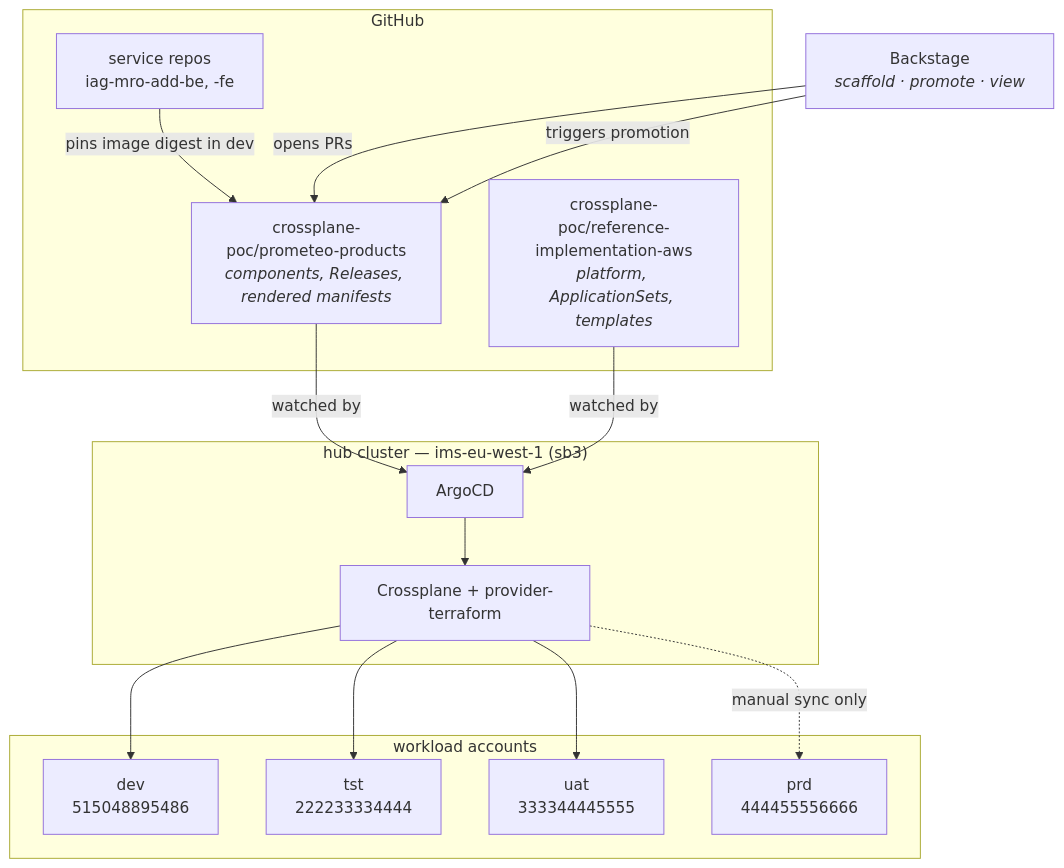
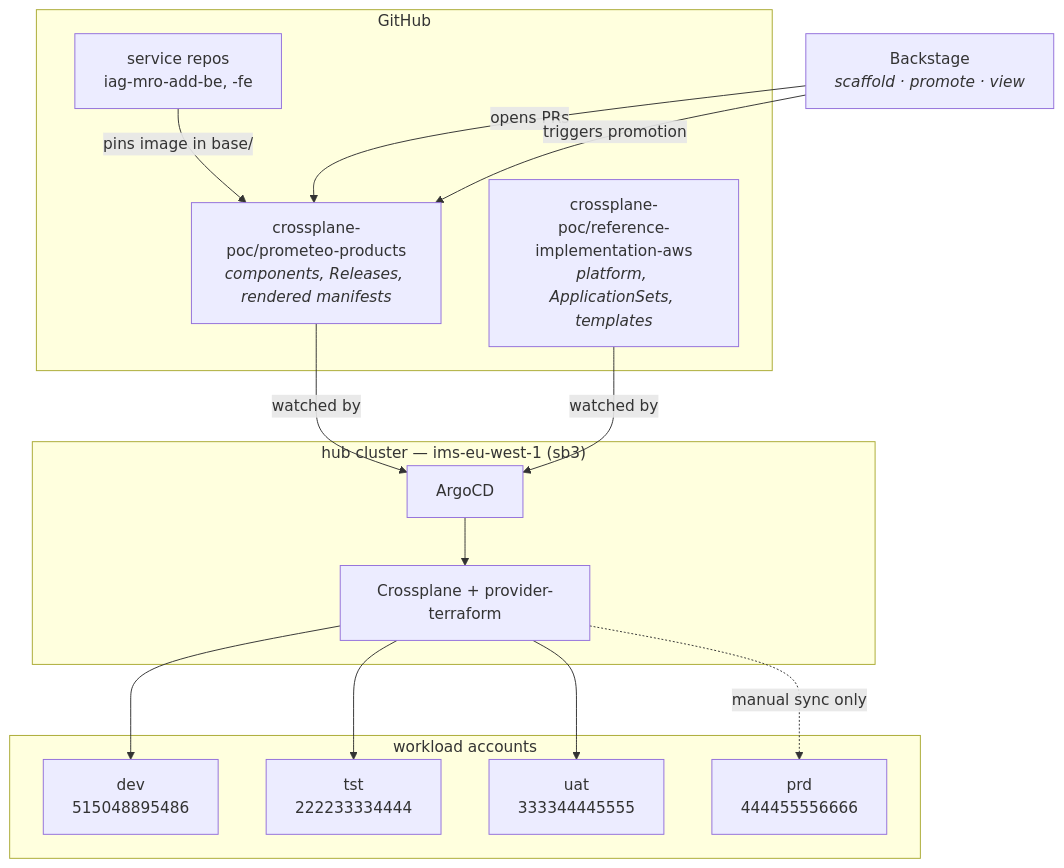
The diagram in docs/MULTI-ENV-PROMOTION.md (crossplane-poc/reference-implementation-aws), drawn with Mermaid before and after one commit. The commit also changed other lines of this file and 2 other files, not shown here.

First line of the commit message:
Write the image into the component file, not the Release

````diff
--- a/docs/MULTI-ENV-PROMOTION.md
+++ b/docs/MULTI-ENV-PROMOTION.md
@@ -45,33 +46,33 @@
 ```mermaid
 flowchart TB
     subgraph GH["GitHub"]
         SVC["service repos<br/>iag-mro-add-be, -fe"]
         PROD["crossplane-poc/prometeo-products<br/><i>components, Releases, rendered manifests</i>"]
         REF["crossplane-poc/reference-implementation-aws<br/><i>platform, ApplicationSets, templates</i>"]
     end
 
     BS["Backstage<br/><i>scaffold · promote · view</i>"]
 
     subgraph HUB["hub cluster — ims-eu-west-1 (sb3)"]
         ARGO["ArgoCD"]
         XP["Crossplane + provider-terraform"]
     end
 
     subgraph SPOKES["workload accounts"]
         DEV["dev<br/>515048895486"]
         TST["tst<br/>222233334444"]
         UAT["uat<br/>333344445555"]
         PRD["prd<br/>444455556666"]
     end
 
-    SVC -->|"pins image digest in dev"| PROD
+    SVC -->|"pins image in base/"| PROD
     BS -->|"opens PRs"| PROD
     BS -->|"triggers promotion"| PROD
     PROD -->|"watched by"| ARGO
     REF -->|"watched by"| ARGO
     ARGO --> XP
     XP --> DEV
     XP --> TST
     XP --> UAT
     XP -.->|"manual sync only"| PRD
 ```
````
